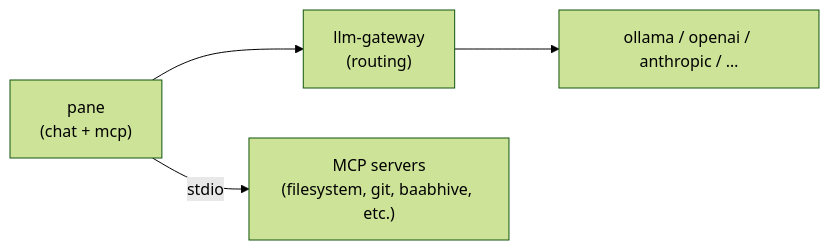
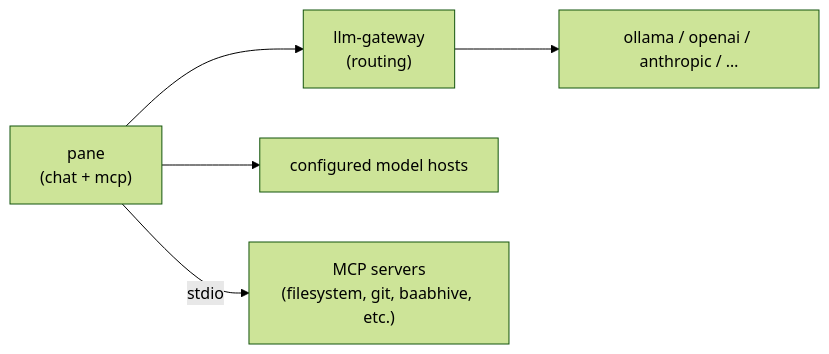
Before and after one commit to michaelquigley/pane: the first of 4 diagrams in docs/current/pane.md, drawn with Mermaid (forest theme). The commit also changed other lines of this file and 21 other files, not shown here.

````diff
--- a/docs/current/pane.md
+++ b/docs/current/pane.md
@@ -15,6 +15,7 @@
 ```mermaid
 flowchart LR
     pane["pane<br/>(chat + mcp)"] --> gateway["llm-gateway<br/>(routing)"]
     gateway --> backends["ollama / openai / anthropic / …"]
+    pane --> hosts["configured model hosts"]
     pane -- stdio --> mcp["MCP servers<br/>(filesystem, git, baabhive, etc.)"]
 ```
````
